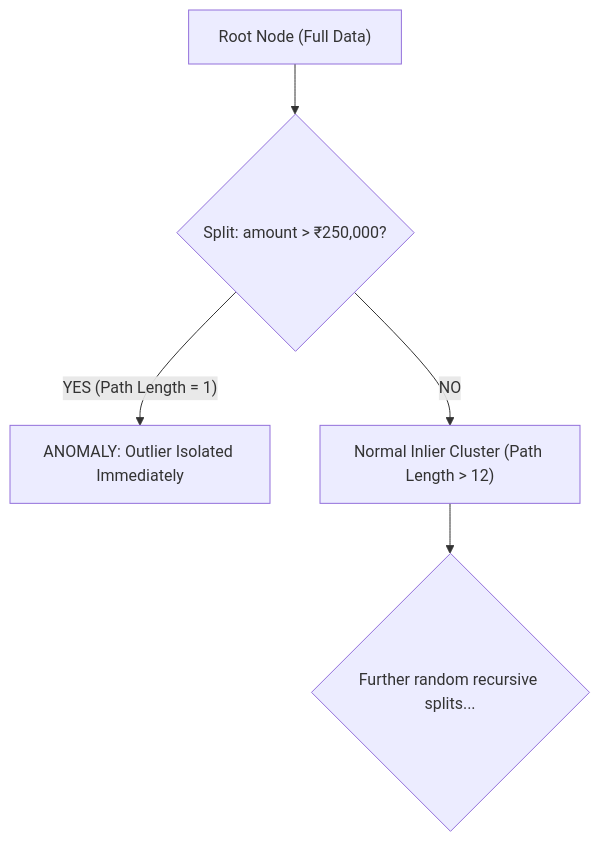
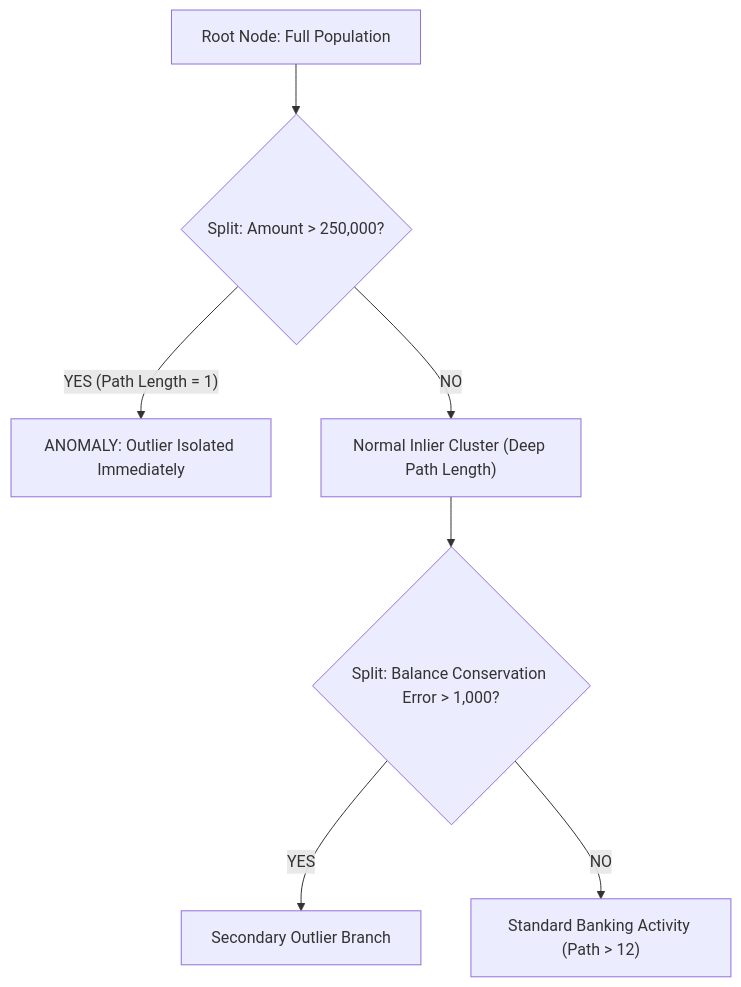
Before and after one commit to BharathKumar113/anti_money_laundering: the eighth of 13 diagrams in documentation.md, drawn with Mermaid. The commit also changed other lines of this file, not shown here.

Commit message:
fix(docs): resolve rich display render issues, sanitize Mermaid diagrams, and add visual layout cards

````diff
--- a/documentation.md
+++ b/documentation.md
@@ -417,7 +478,9 @@
 ```mermaid
 flowchart TD
-    Root["Root Node (Full Data)"] --> Split1{"Split: amount > ₹250,000?"}
+    Root["Root Node: Full Population"] --> Split1{"Split: Amount > 250,000?"}
     Split1 -->|"YES (Path Length = 1)"| Anomaly["ANOMALY: Outlier Isolated Immediately"]
-    Split1 -->|"NO"| NormalCluster["Normal Inlier Cluster (Path Length > 12)"]
-    NormalCluster --> Split2{"Further random recursive splits..."}
+    Split1 -->|"NO"| Normal["Normal Inlier Cluster (Deep Path Length)"]
+    Normal --> Split2{"Split: Balance Conservation Error > 1,000?"}
+    Split2 -->|"YES"| FlaggedCluster["Secondary Outlier Branch"]
+    Split2 -->|"NO"| DenseCluster["Standard Banking Activity (Path > 12)"]
 ```
````
